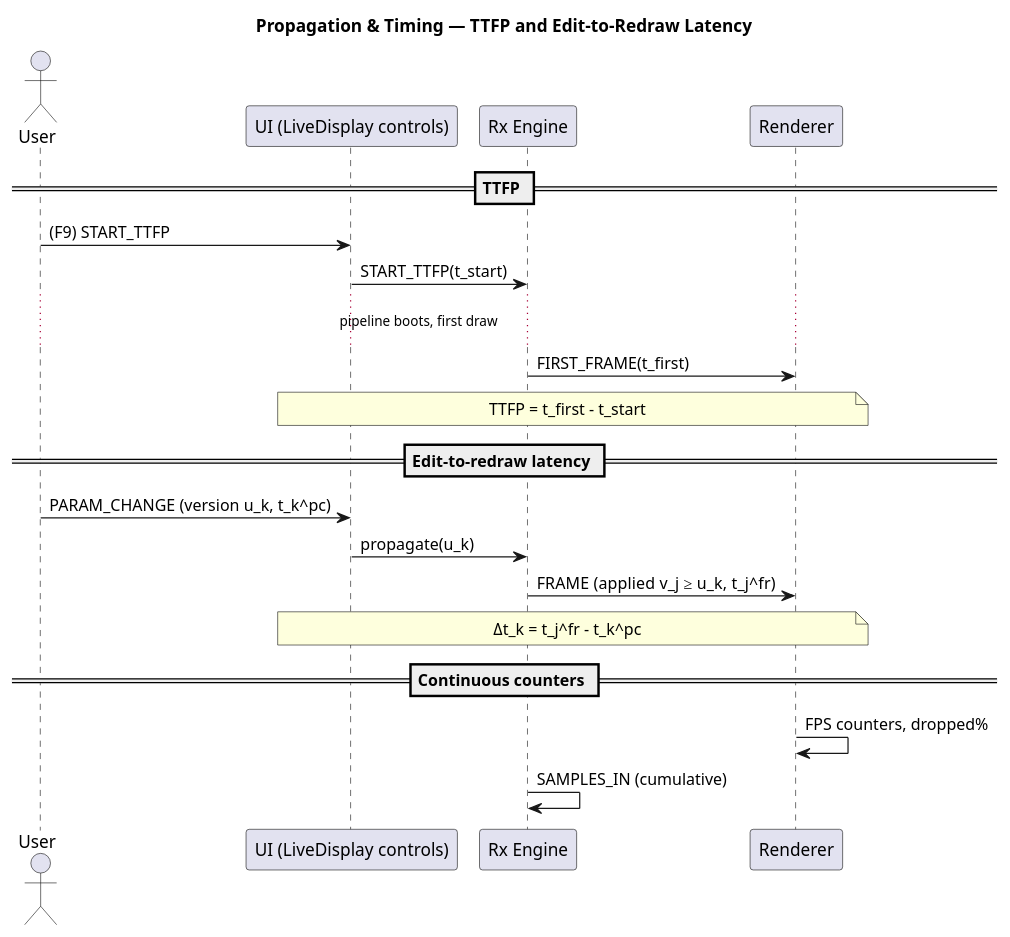
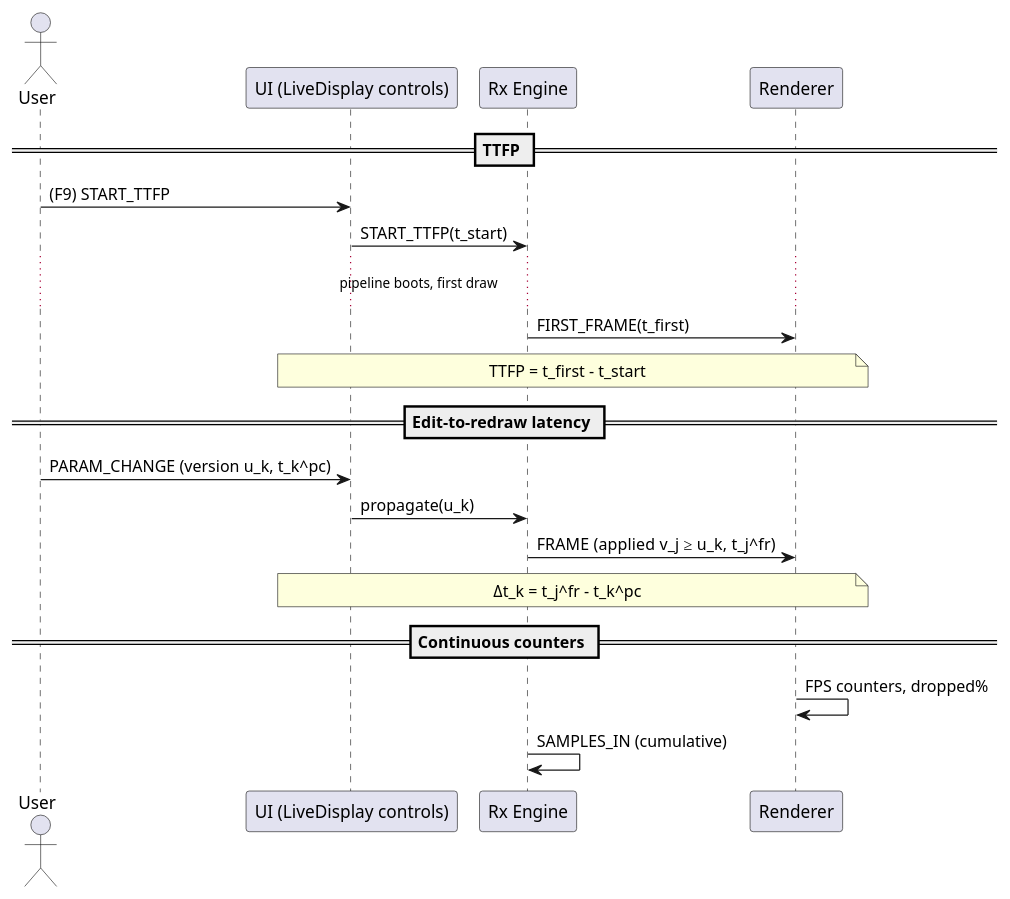
One commit to fouadchouag/rad-bci-python changed the diagram in puml/metrics_seq_3_13_1.puml. Above: the diagram before and after it, drawn with PlantUML. The commit also changed 64 other files, not shown here.

```diff
--- a/puml/metrics_seq_3_13_1.puml
+++ b/puml/metrics_seq_3_13_1.puml
@@ -1,32 +1,30 @@
 @startuml
 ' Reactive propagation and metrics timing
 skinparam defaultFontName Helvetica
-title Propagation & Timing — TTFP and Edit-to-Redraw Latency
-
 actor User
 participant "UI (LiveDisplay controls)" as UI
 participant "Rx Engine" as RX
 participant "Renderer" as R
 
 == TTFP ==
 User -> UI : (F9) START_TTFP
 UI -> RX : START_TTFP(t_start)
 ... pipeline boots, first draw ...
 RX -> R : FIRST_FRAME(t_first)
 note over UI,R
   TTFP = t_first - t_start
 end note
 
 == Edit-to-redraw latency ==
 User -> UI : PARAM_CHANGE (version u_k, t_k^pc)
 UI -> RX : propagate(u_k)
 RX -> R : FRAME (applied v_j ≥ u_k, t_j^fr)
 note over UI,R
   Δt_k = t_j^fr - t_k^pc
 end note
 
 == Continuous counters ==
 R -> R : FPS counters, dropped%
 RX -> RX : SAMPLES_IN (cumulative)
 
 @enduml
```
